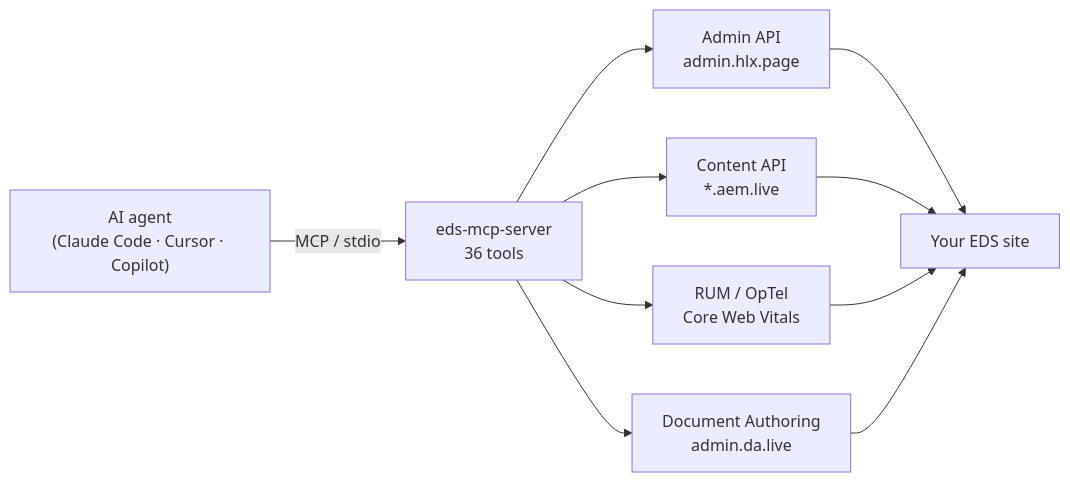
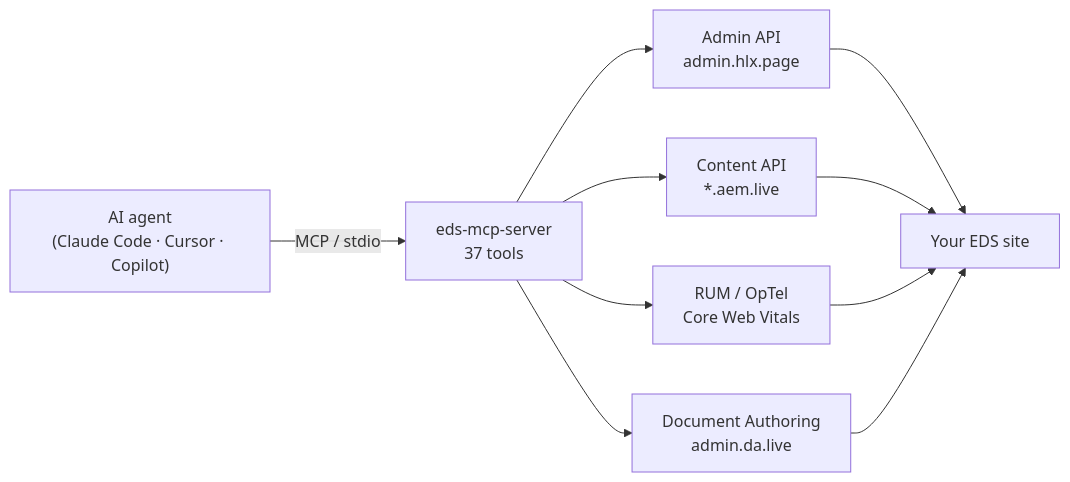
Before and after one commit to Focus-GTS/eds-mcp-server: the second of 3 diagrams in README.md, drawn with Mermaid. The commit also changed other lines of this file and 10 other files, not shown here.

````diff
--- a/README.md
+++ b/README.md
@@ -57,12 +57,12 @@
 ```mermaid
 flowchart LR
-  A["AI agent<br/>(Claude Code · Cursor · Copilot)"] -- MCP / stdio --> B["eds-mcp-server<br/>36 tools"]
+  A["AI agent<br/>(Claude Code · Cursor · Copilot)"] -- MCP / stdio --> B["eds-mcp-server<br/>37 tools"]
   B --> C["Admin API<br/>admin.hlx.page"]
   B --> D["Content API<br/>*.aem.live"]
   B --> E["RUM / OpTel<br/>Core Web Vitals"]
   B --> G["Document Authoring<br/>admin.da.live"]
   C --> F["Your EDS site"]
   D --> F
   E --> F
   G --> F
 ```
````
